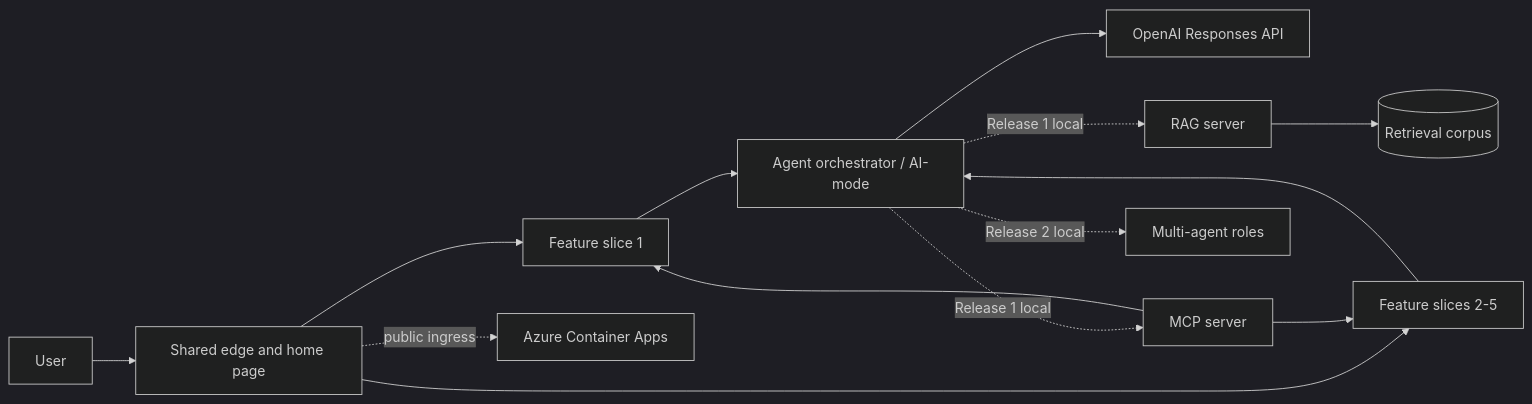
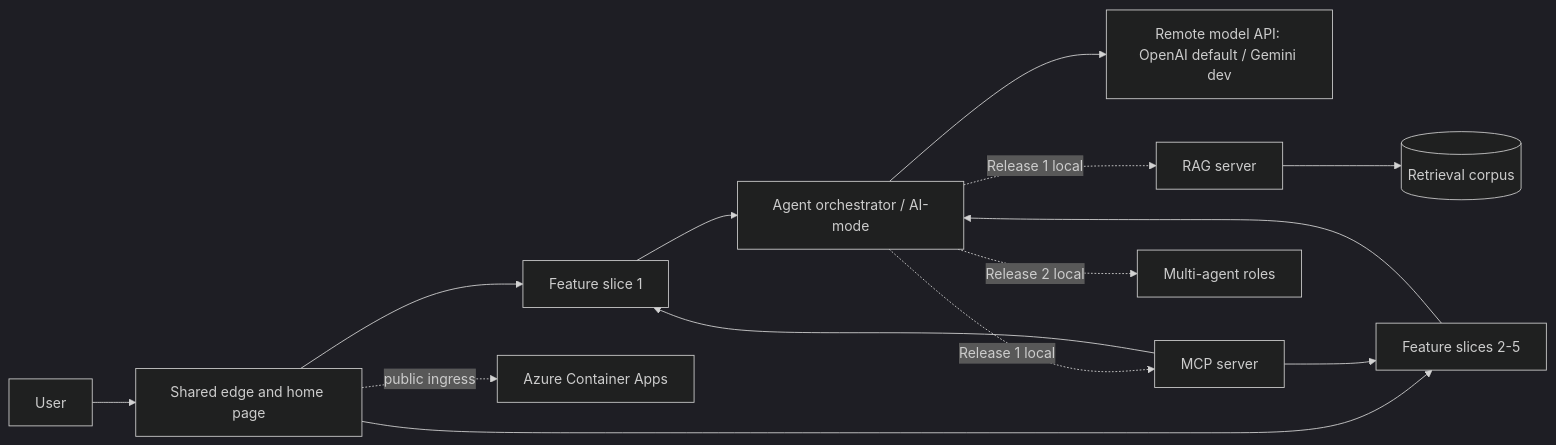
Before and after one commit to MattShelton04/41026ASDProject: the first of 3 diagrams in docs/architecture/shared-platform-design.md, drawn with Mermaid (dark theme). The commit also changed other lines of this file and 59 other files, not shown here.

````diff
--- a/docs/architecture/shared-platform-design.md
+++ b/docs/architecture/shared-platform-design.md
@@ -235,16 +237,16 @@
 ```mermaid
 flowchart LR
     U[User] --> E[Shared edge and home page]
     E --> F1[Feature slice 1]
     E --> FN[Feature slices 2-5]
     F1 --> O[Agent orchestrator / AI-mode]
     FN --> O
-    O --> L[OpenAI Responses API]
+    O --> L[Remote model API: OpenAI default / Gemini dev]
     O -. Release 1 local .-> M[MCP server]
     O -. Release 1 local .-> R[RAG server]
     O -. Release 2 local .-> A[Multi-agent roles]
     M --> F1
     M --> FN
     R --> C[(Retrieval corpus)]
     E -. public ingress .-> AZ[Azure Container Apps]
 ```
````
